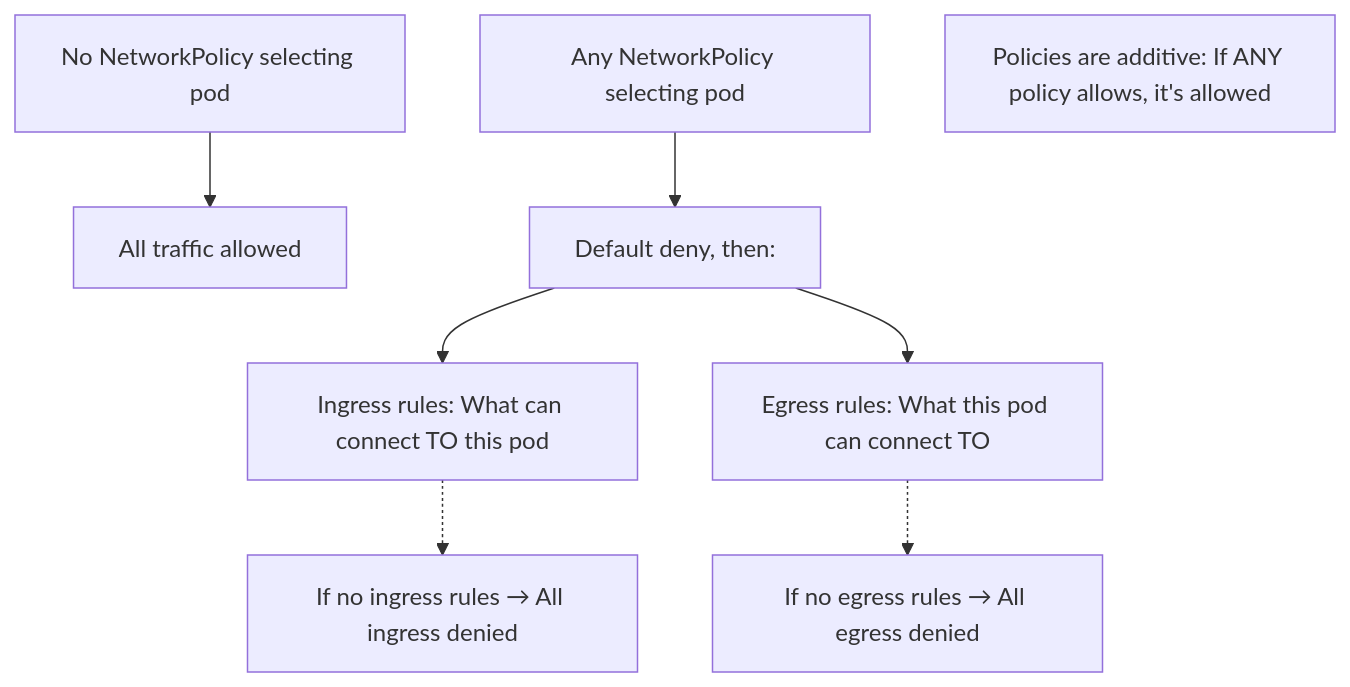
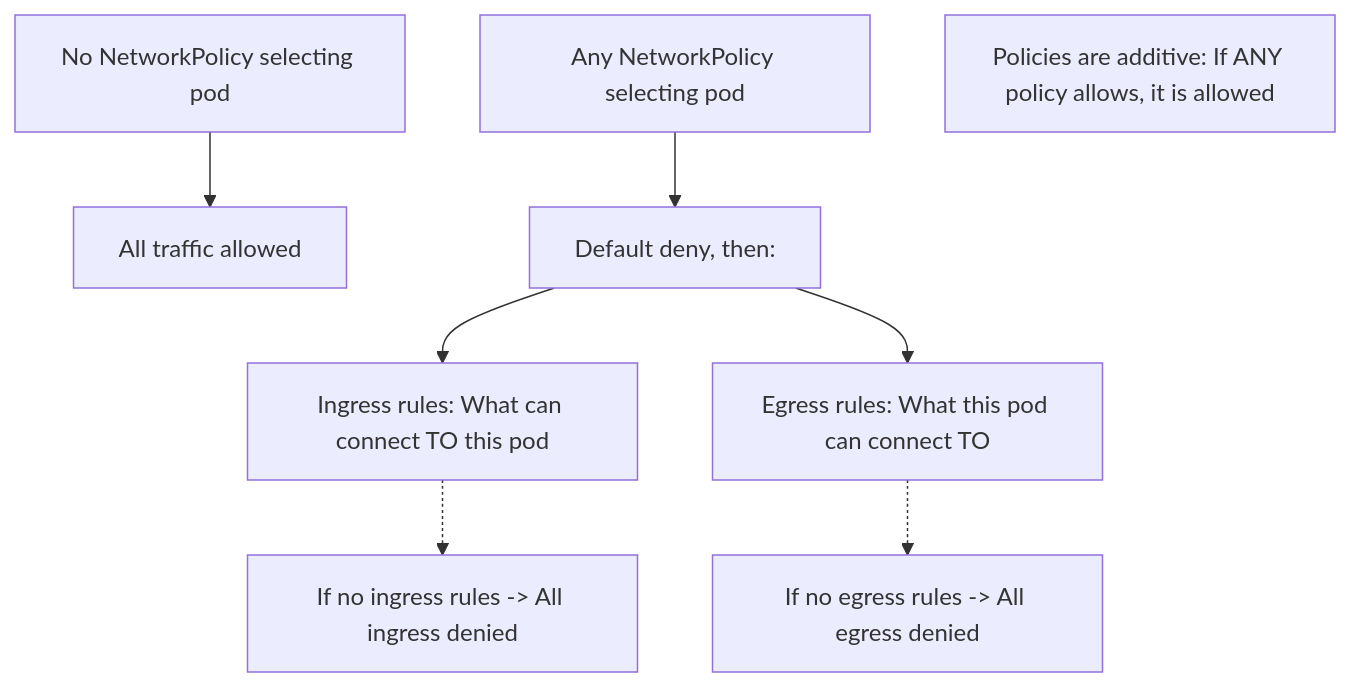
One commit to krisztiankoos/kubedojo changed the fifth of 6 diagrams in src/content/docs/k8s/cka/part5-troubleshooting/module-5.5-networking.md. Above: the diagram before and after it, drawn with Mermaid. The commit also changed other lines of this file, not shown here.

````diff
--- a/src/content/docs/k8s/cka/part5-troubleshooting/module-5.5-networking.md
+++ b/src/content/docs/k8s/cka/part5-troubleshooting/module-5.5-networking.md
@@ -372,13 +358,13 @@
 ```mermaid
 flowchart TD
     A["No NetworkPolicy selecting pod"] --> B["All traffic allowed"]
     C["Any NetworkPolicy selecting pod"] --> D["Default deny, then:"]
     
     D --> E["Ingress rules: What can connect TO this pod"]
     D --> F["Egress rules: What this pod can connect TO"]
     
-    E -.-> G["If no ingress rules → All ingress denied"]
-    F -.-> H["If no egress rules → All egress denied"]
+    E -.-> G["If no ingress rules -> All ingress denied"]
+    F -.-> H["If no egress rules -> All egress denied"]
     
-    I["Policies are additive: If ANY policy allows, it's allowed"]
+    I["Policies are additive: If ANY policy allows, it is allowed"]
 ```
````
